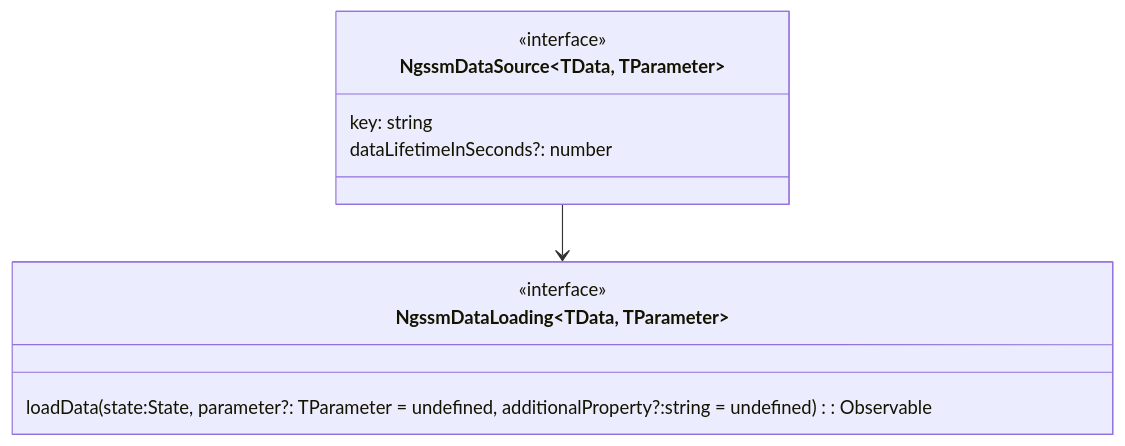
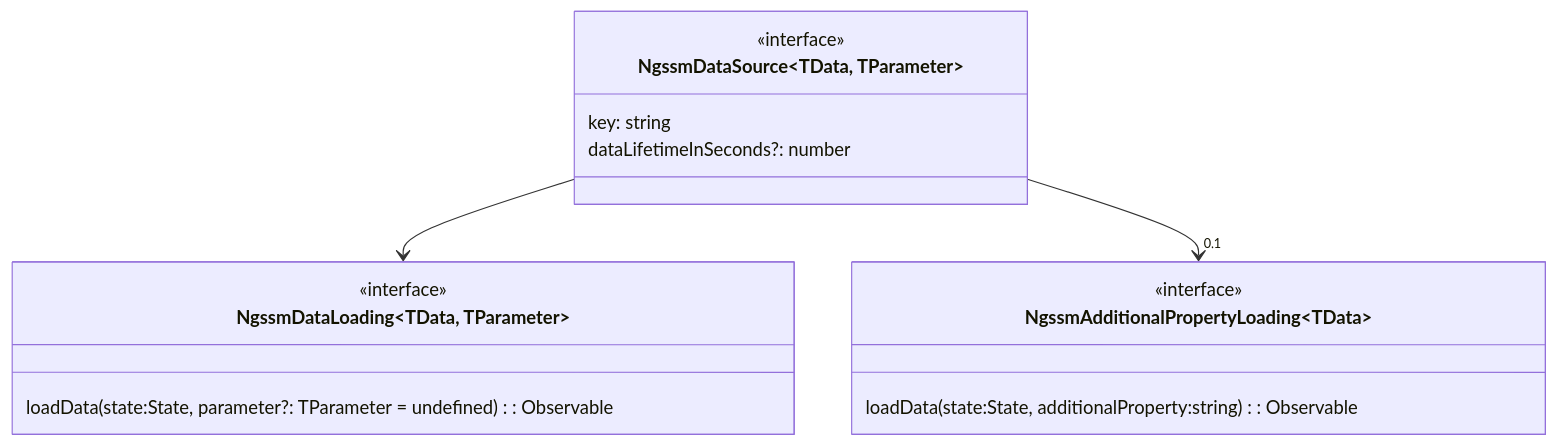
Before and after one commit to LionMarc/ng-simple-state-management: the first of 2 diagrams in docs/libraries/ngssm-data.md, drawn with Mermaid. The commit also changed other lines of this file and 9 other files, not shown here.

Commit message:
[ngssm-data] Split loading of data and additional properties in 2 loaders (#273)

````diff
--- a/docs/libraries/ngssm-data.md
+++ b/docs/libraries/ngssm-data.md
@@ -29,14 +29,21 @@
 ```mermaid
 classDiagram
     class NgssmDataLoading~TData, TParameter~{
         <<interface>>
-        loadData(state:State, parameter?: TParameter = undefined, additionalProperty?:string = undefined): Observable<TData>
+        loadData(state:State, parameter?: TParameter = undefined): Observable<TData>
     }
+
+    class NgssmAdditionalPropertyLoading~TData~{
+        <<interface>>
+        loadData(state:State, additionalProperty:string): Observable<TData>
+    }
+
     class NgssmDataSource~TData, TParameter~{
         <<interface>>
         key: string
         dataLifetimeInSeconds?: number
     }
 
     NgssmDataSource --> NgssmDataLoading
+    NgssmDataSource --> "0,1" NgssmAdditionalPropertyLoading
 ```
````
